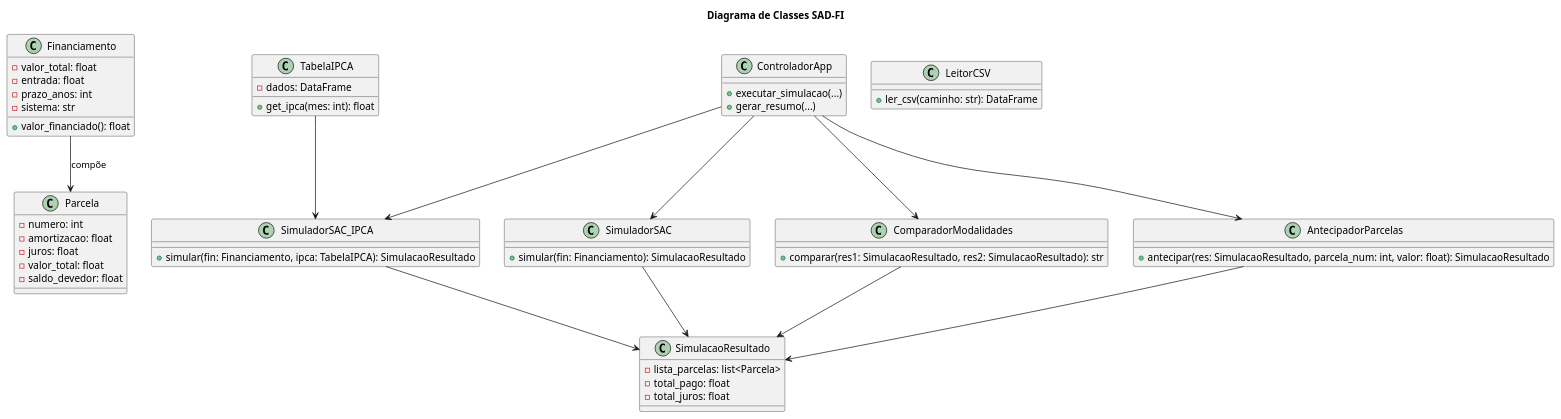
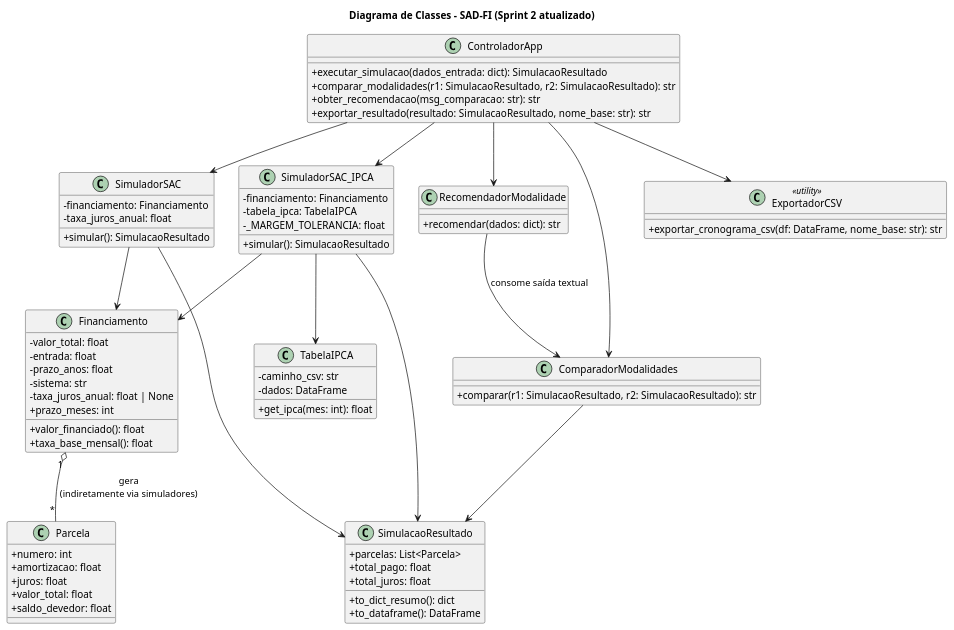
The diagram in docs/classes.puml (edinaldormj/SAD-FI), drawn with PlantUML before and after one commit. The commit also changed other lines of this file and 17 other files, not shown here.

```diff
--- a/docs/classes.puml
+++ b/docs/classes.puml
@@ -1,67 +1,90 @@
 @startuml
-Title Diagrama de Classes SAD-FI 
+title Diagrama de Classes – SAD-FI (Sprint 2 atualizado)
+
+skinparam defaultFontName "Arial"
+skinparam classAttributeIconSize 0
 
 class Financiamento {
   - valor_total: float
   - entrada: float
-  - prazo_anos: int
+  - prazo_anos: float
   - sistema: str
+  - taxa_juros_anual: float | None
+  + prazo_meses: int
   + valor_financiado(): float
+  + taxa_base_mensal(): float
 }
 
 class Parcela {
-  - numero: int
-  - amortizacao: float
-  - juros: float
-  - valor_total: float
-  - saldo_devedor: float
+  + numero: int
+  + amortizacao: float
+  + juros: float
+  + valor_total: float
+  + saldo_devedor: float
+}
+
+class SimulacaoResultado {
+  + parcelas: List<Parcela>
+  + total_pago: float
+  + total_juros: float
+  + to_dict_resumo(): dict
+  + to_dataframe(): DataFrame
 }
 
 class SimuladorSAC {
-  + simular(fin: Financiamento): SimulacaoResultado
-}
-
-class SimuladorSAC_IPCA {
-  + simular(fin: Financiamento, ipca: TabelaIPCA): SimulacaoResultado
-}
-
-class SimulacaoResultado {
-  - lista_parcelas: list<Parcela>
-  - total_pago: float
-  - total_juros: float
-}
-
-class ComparadorModalidades {
-  + comparar(res1: SimulacaoResultado, res2: SimulacaoResultado): str
-}
-
-class AntecipadorParcelas {
-  + antecipar(res: SimulacaoResultado, parcela_num: int, valor: float): SimulacaoResultado
+  - financiamento: Financiamento
+  - taxa_juros_anual: float
+  + simular(): SimulacaoResultado
 }
 
 class TabelaIPCA {
+  - caminho_csv: str
   - dados: DataFrame
   + get_ipca(mes: int): float
 }
 
-class LeitorCSV {
-  + ler_csv(caminho: str): DataFrame
+class SimuladorSAC_IPCA {
+  - financiamento: Financiamento
+  - tabela_ipca: TabelaIPCA
+  - _MARGEM_TOLERANCIA: float
+  + simular(): SimulacaoResultado
+}
+
+class ComparadorModalidades {
+  + comparar(r1: SimulacaoResultado, r2: SimulacaoResultado): str
+}
+
+class RecomendadorModalidade {
+  + recomendar(dados: dict): str
 }
 
 class ControladorApp {
-  + executar_simulacao(...)
-  + gerar_resumo(...)
+  + executar_simulacao(dados_entrada: dict): SimulacaoResultado
+  + comparar_modalidades(r1: SimulacaoResultado, r2: SimulacaoResultado): str
+  + obter_recomendacao(msg_comparacao: str): str
+  + exportar_resultado(resultado: SimulacaoResultado, nome_base: str): str
 }
 
-Financiamento --> Parcela : compõe
+' Módulo/função de infra (representado como class estática)
+class ExportadorCSV <<utility>> {
+  + exportar_cronograma_csv(df: DataFrame, nome_base: str): str
+}
+
+' ===================== RELACIONAMENTOS =====================
+Financiamento "1" o-- "*" Parcela : gera\n(indiretamente via simuladores)
+SimuladorSAC --> Financiamento
+SimuladorSAC_IPCA --> Financiamento
+SimuladorSAC_IPCA --> TabelaIPCA
 SimuladorSAC --> SimulacaoResultado
 SimuladorSAC_IPCA --> SimulacaoResultado
+
 ComparadorModalidades --> SimulacaoResultado
-AntecipadorParcelas --> SimulacaoResultado
-TabelaIPCA --> SimuladorSAC_IPCA
+RecomendadorModalidade --> ComparadorModalidades : consome saída textual
+
 ControladorApp --> SimuladorSAC
 ControladorApp --> SimuladorSAC_IPCA
 ControladorApp --> ComparadorModalidades
-ControladorApp --> AntecipadorParcelas
+ControladorApp --> RecomendadorModalidade
+ControladorApp --> ExportadorCSV
 
 @enduml
```
